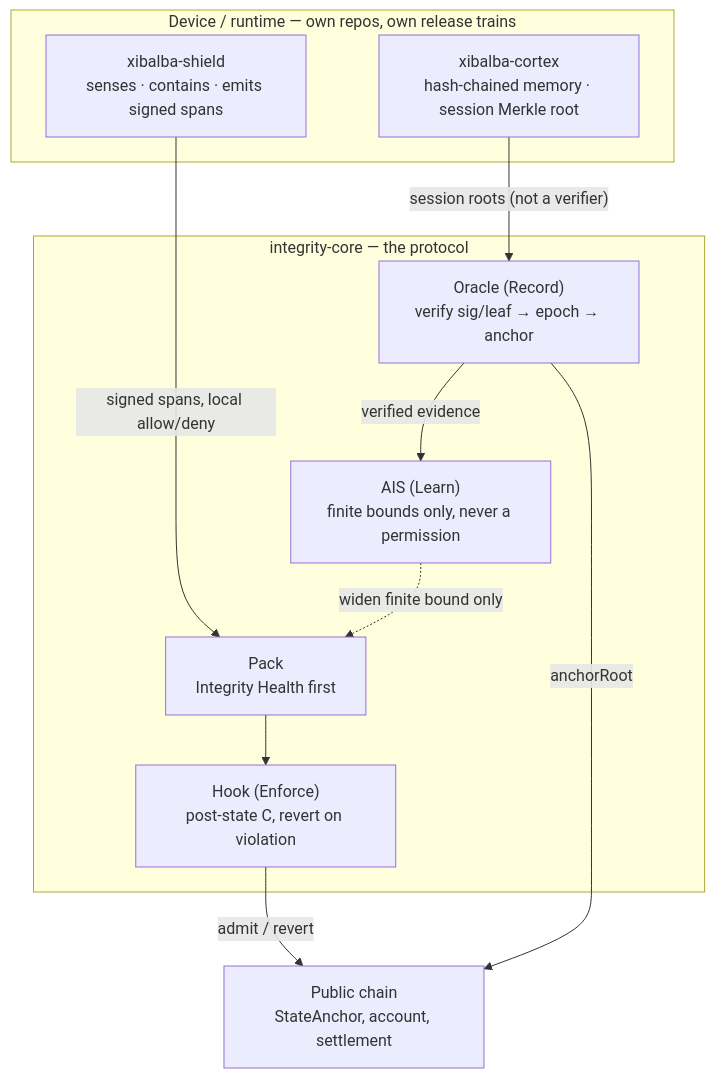
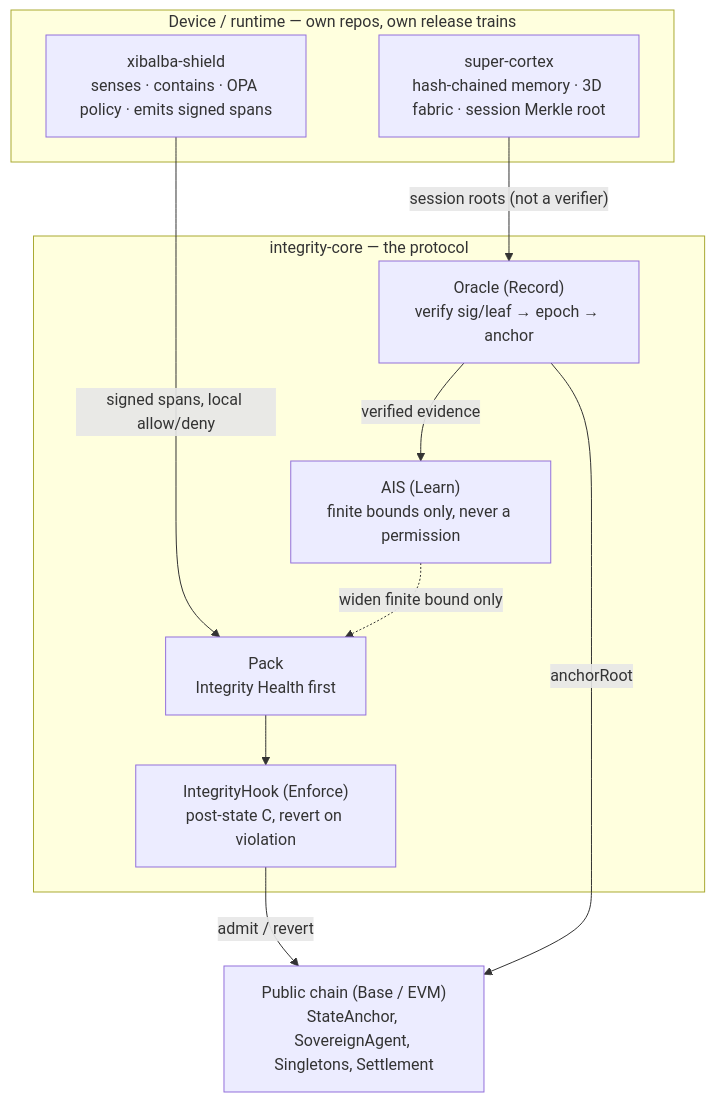
One commit to XibalbaTechSol/integrity-core changed the first of 8 diagrams in docs/SPEC.md. Above: the diagram before and after it, drawn with Mermaid. The commit also changed other lines of this file and 20 other files, not shown here.

````diff
--- a/docs/SPEC.md
+++ b/docs/SPEC.md
@@ -74,22 +99,22 @@
 ```mermaid
 flowchart TB
     subgraph DR["Device / runtime — own repos, own release trains"]
-        SHIELD["xibalba-shield<br/>senses · contains · emits signed spans"]
-        CORTEX["xibalba-cortex<br/>hash-chained memory · session Merkle root"]
+        SHIELD["xibalba-shield<br/>senses · contains · OPA policy · emits signed spans"]
+        CORTEX["super-cortex<br/>hash-chained memory · 3D fabric · session Merkle root"]
     end
     subgraph CORE["integrity-core — the protocol"]
         PACK["Pack<br/>Integrity Health first"]
-        HOOK["Hook (Enforce)<br/>post-state C, revert on violation"]
+        HOOK["IntegrityHook (Enforce)<br/>post-state C, revert on violation"]
         ORACLE["Oracle (Record)<br/>verify sig/leaf → epoch → anchor"]
         AIS["AIS (Learn)<br/>finite bounds only, never a permission"]
     end
-    CHAIN["Public chain<br/>StateAnchor, account, settlement"]
+    CHAIN["Public chain (Base / EVM)<br/>StateAnchor, SovereignAgent, Singletons, Settlement"]
 
     SHIELD -- "signed spans, local allow/deny" --> PACK
     CORTEX -- "session roots (not a verifier)" --> ORACLE
     PACK --> HOOK
     HOOK -- "admit / revert" --> CHAIN
     ORACLE -- "verified evidence" --> AIS
     AIS -. "widen finite bound only" .-> PACK
     ORACLE -- "anchorRoot" --> CHAIN
 ```
````
